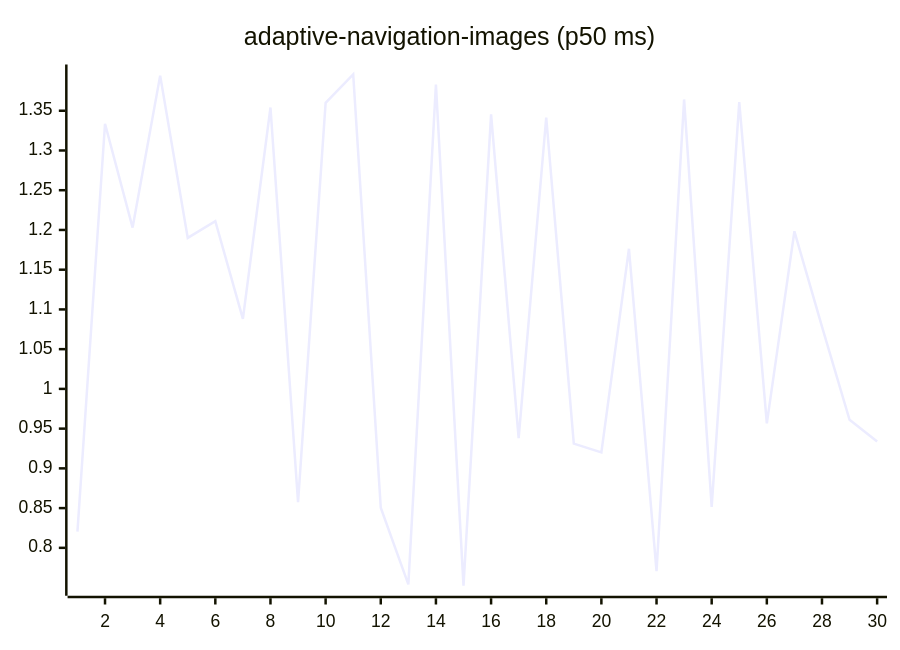
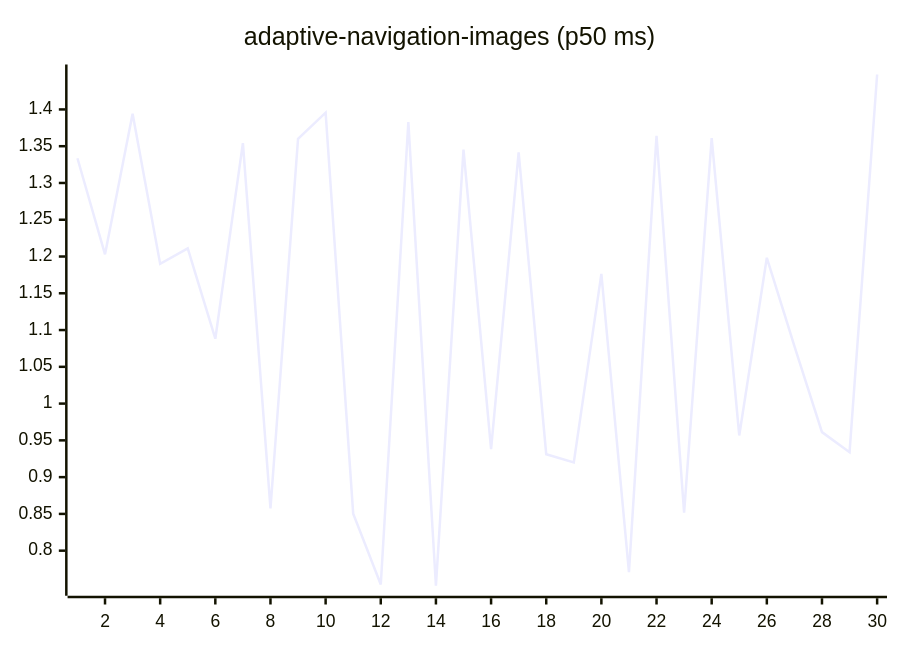
The first of 27 diagrams in README.md (josha/Facet), drawn with Mermaid before and after one commit. The commit also changed other lines of this file and 2 other files, not shown here.

````diff
--- a/README.md
+++ b/README.md
@@ -63,6 +63,6 @@
 ```mermaid
 xychart-beta
     title "adaptive-navigation-images (p50 ms)"
     x-axis 1 --> 30
-    line [0.8203, 1.3336, 1.2030, 1.3942, 1.1900, 1.2110, 1.0882, 1.3541, 0.8576, 1.3599, 1.3956, 0.8504, 0.7540, 1.3829, 0.7523, 1.3455, 0.9380, 1.3415, 0.9312, 0.9201, 1.1763, 0.7707, 1.3642, 0.8516, 1.3610, 0.9567, 1.1983, 1.0783, 0.9612, 0.9339]
+    line [1.3336, 1.2030, 1.3942, 1.1900, 1.2110, 1.0882, 1.3541, 0.8576, 1.3599, 1.3956, 0.8504, 0.7540, 1.3829, 0.7523, 1.3455, 0.9380, 1.3415, 0.9312, 0.9201, 1.1763, 0.7707, 1.3642, 0.8516, 1.3610, 0.9567, 1.1983, 1.0783, 0.9612, 0.9339, 1.4475]
 ```
````
